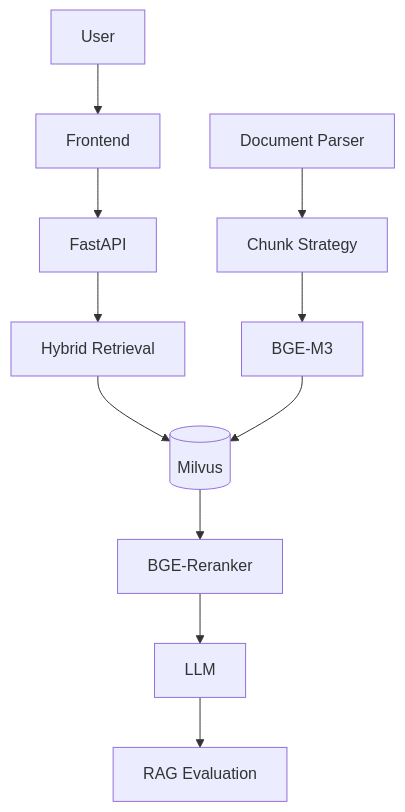
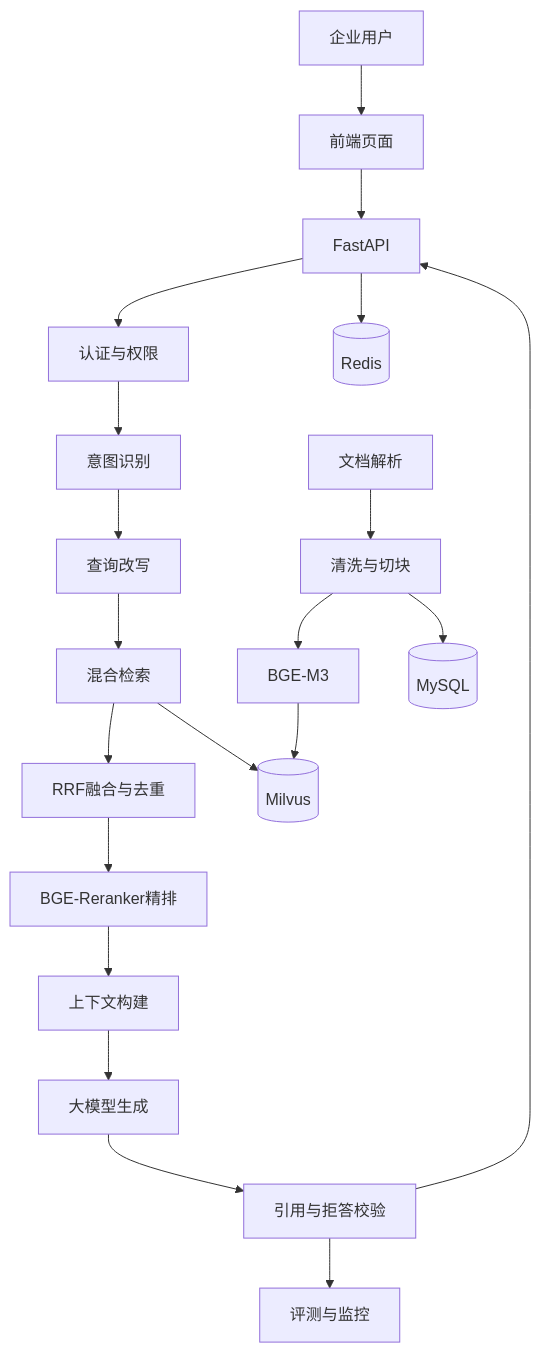
One commit to luy313412-web/luy313412-web.github.io changed the diagram in docs/projects/enterprise-rag.md. Above: the diagram before and after it, drawn with Mermaid. The commit also changed other lines of this file and 1 other file, not shown here.

Commit message:
rewrite industrial agent and enterprise rag pages

````diff
--- a/docs/projects/enterprise-rag.md
+++ b/docs/projects/enterprise-rag.md
@@ -35,32 +48,46 @@
-``` mermaid
+```mermaid
 flowchart TB
 
-User[User]
-Frontend[Frontend]
+User[企业用户]
+FE[前端页面]
 API[FastAPI]
+Auth[认证与权限]
+Router[意图识别]
+Rewrite[查询改写]
+Retrieve[混合检索]
+Fusion[RRF融合与去重]
+Rerank[BGE-Reranker精排]
+Context[上下文构建]
+LLM[大模型生成]
+Check[引用与拒答校验]
 
-Parser[Document Parser]
-Chunk[Chunk Strategy]
-Embedding[BGE-M3]
-VectorDB[(Milvus)]
+Parser[文档解析]
+Clean[清洗与切块]
+Embed[BGE-M3]
+Milvus[(Milvus)]
+MySQL[(MySQL)]
+Redis[(Redis)]
+Eval[评测与监控]
 
-Retriever[Hybrid Retrieval]
-Reranker[BGE-Reranker]
-LLM[LLM]
+User --> FE
+FE --> API
+API --> Auth
+Auth --> Router
+Router --> Rewrite
+Rewrite --> Retrieve
+Retrieve --> Milvus
+Retrieve --> Fusion
+Fusion --> Rerank
+Rerank --> Context
+Context --> LLM
+LLM --> Check
+Check --> API
 
-Evaluator[RAG Evaluation]
+Parser --> Clean
+Clean --> Embed
+Embed --> Milvus
+Clean --> MySQL
 
-User --> Frontend
-Frontend --> API
-API --> Retriever
-
-Retriever --> VectorDB
-VectorDB --> Reranker
-Reranker --> LLM
-
-Parser --> Chunk
-Chunk --> Embedding
-Embedding --> VectorDB
-
-LLM --> Evaluator
+API --> Redis
+Check --> Eval
 ```
````
